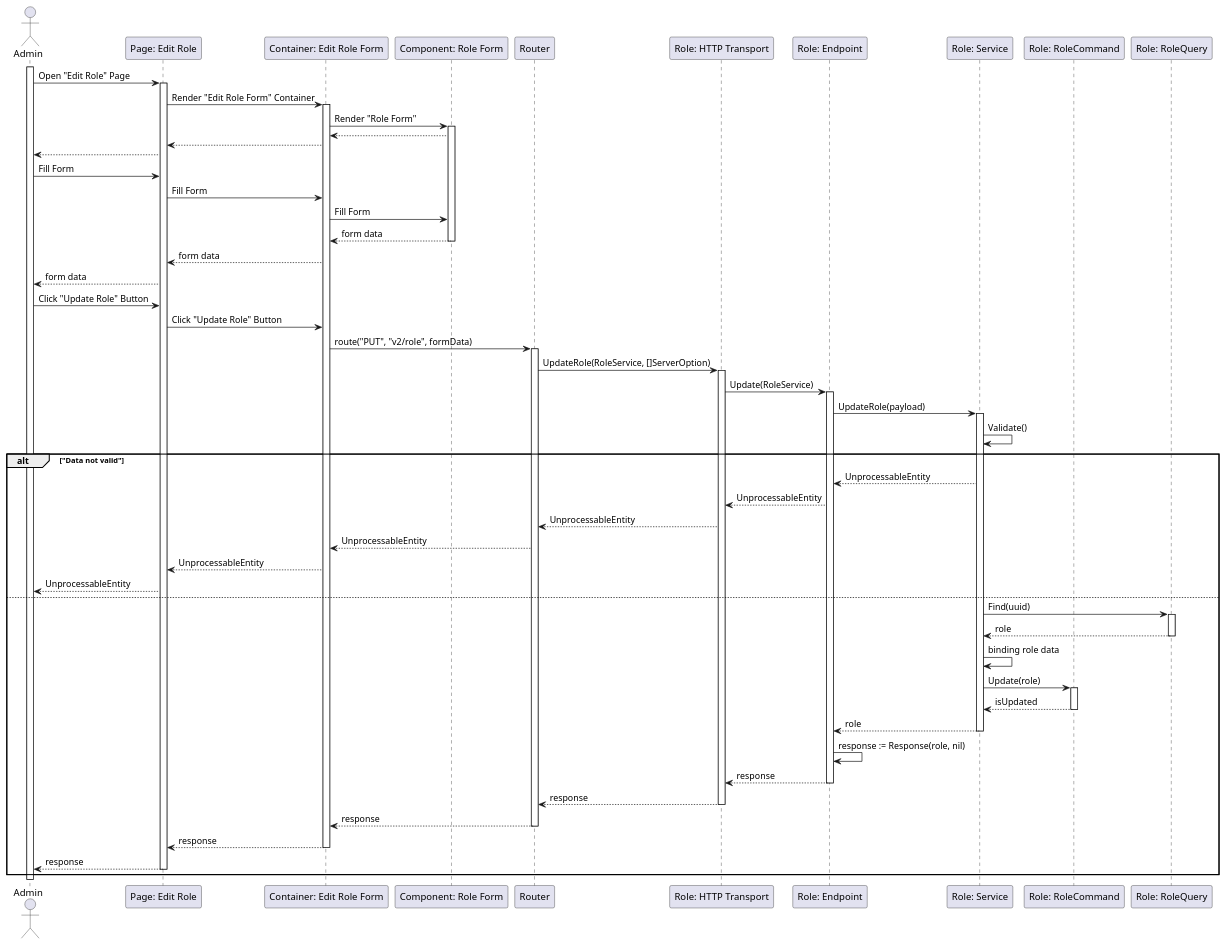
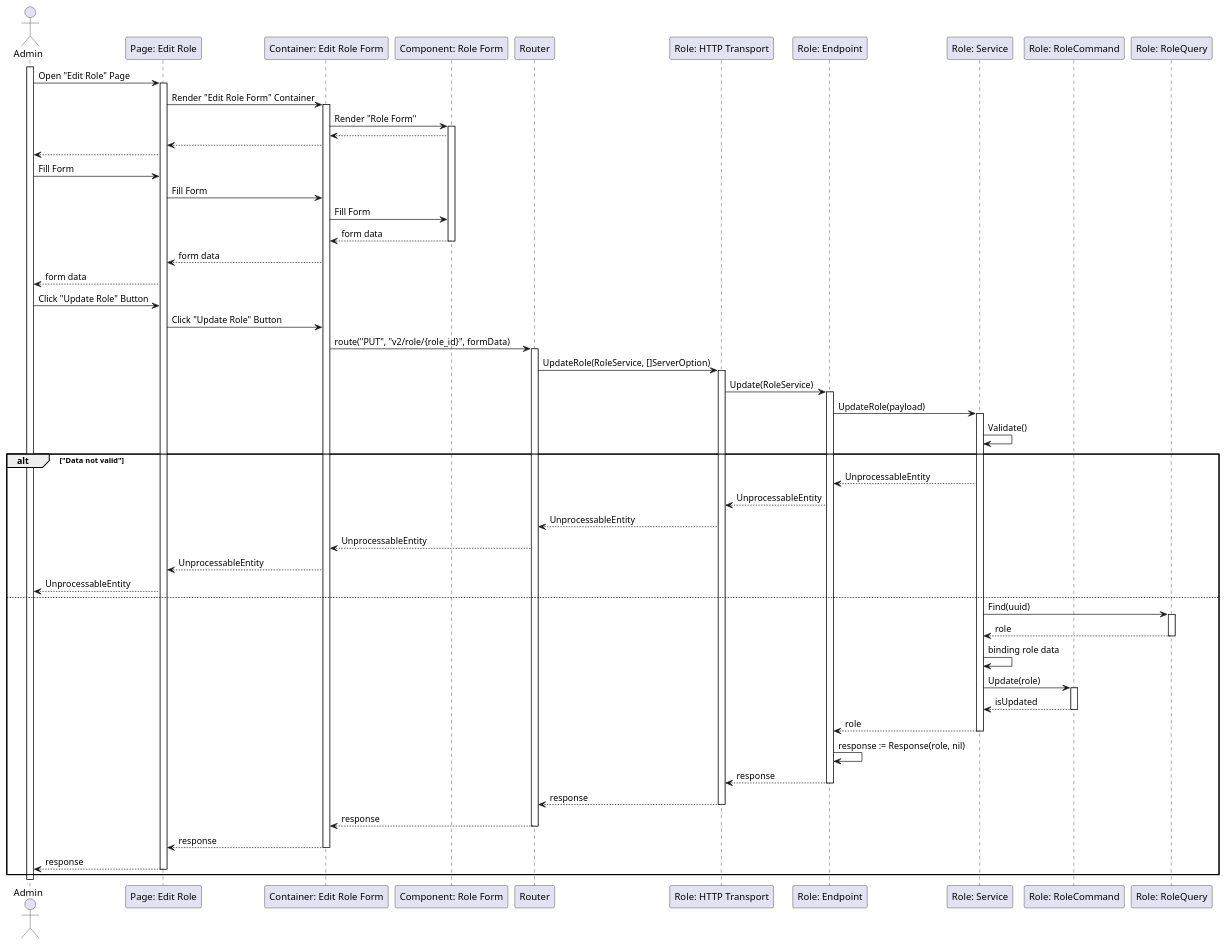
Before and after one commit to fwidjaya20/fazzlearning-uml: the diagram in Sequance/Release01/UpdateRole.wsd, drawn with PlantUML. The commit also changed 7 other files, not shown here.

Commit message:
sequence: updating invalid route

```diff
--- a/Sequance/Release01/UpdateRole.wsd
+++ b/Sequance/Release01/UpdateRole.wsd
@@ -1,80 +1,80 @@
 @startuml UpdateRole
 
 actor Admin
 participant "Page: Edit Role" as EditRolePage
 participant "Container: Edit Role Form" as EditRoleFormContainer
 participant "Component: Role Form" as RoleForm
 participant "Router" as Router
 participant "Role: HTTP Transport" as RoleHTTPTransport
 participant "Role: Endpoint" as RoleEndpoint
 participant "Role: Service" as RoleService
 participant "Role: RoleCommand" as RoleCommand
 participant "Role: RoleQuery" as RoleQuery
 
 activate Admin
 
 Admin->EditRolePage: Open "Edit Role" Page
 activate EditRolePage
 EditRolePage->EditRoleFormContainer: Render "Edit Role Form" Container
 activate EditRoleFormContainer
 EditRoleFormContainer->RoleForm: Render "Role Form"
 activate RoleForm
 RoleForm-->EditRoleFormContainer
 EditRoleFormContainer-->EditRolePage
 EditRolePage-->Admin
 
 Admin->EditRolePage: Fill Form
 EditRolePage->EditRoleFormContainer: Fill Form
 EditRoleFormContainer->RoleForm: Fill Form
 RoleForm-->EditRoleFormContainer: form data
 deactivate RoleForm
 EditRoleFormContainer-->EditRolePage: form data
 EditRolePage-->Admin: form data
 
 Admin->EditRolePage: Click "Update Role" Button
 EditRolePage->EditRoleFormContainer: Click "Update Role" Button
-EditRoleFormContainer->Router: route("PUT", "v2/role", formData)
+EditRoleFormContainer->Router: route("PUT", "v2/role/{role_id}", formData)
 activate Router
 Router->RoleHTTPTransport: UpdateRole(RoleService, []ServerOption)
 activate RoleHTTPTransport
 RoleHTTPTransport->RoleEndpoint: Update(RoleService)
 activate RoleEndpoint
 RoleEndpoint->RoleService: UpdateRole(payload)
 activate RoleService
 RoleService->RoleService: Validate()
 
 alt "Data not valid"
     RoleService-->RoleEndpoint: UnprocessableEntity
     RoleEndpoint-->RoleHTTPTransport: UnprocessableEntity
     RoleHTTPTransport-->Router: UnprocessableEntity
     Router-->EditRoleFormContainer: UnprocessableEntity
     EditRoleFormContainer-->EditRolePage: UnprocessableEntity
     EditRolePage-->Admin: UnprocessableEntity
 else
     RoleService->RoleQuery: Find(uuid)
     activate RoleQuery
     RoleQuery-->RoleService: role
     deactivate RoleQuery
     RoleService->RoleService: binding role data
     RoleService->RoleCommand: Update(role)
     activate RoleCommand
     RoleCommand-->RoleService: isUpdated
     deactivate RoleCommand
     RoleService-->RoleEndpoint: role
     deactivate RoleService
     RoleEndpoint->RoleEndpoint: response := Response(role, nil)
     RoleEndpoint-->RoleHTTPTransport: response
     deactivate RoleEndpoint
     RoleHTTPTransport-->Router: response
     deactivate RoleHTTPTransport
     Router-->EditRoleFormContainer: response
     deactivate Router
     EditRoleFormContainer-->EditRolePage: response
     deactivate EditRoleFormContainer
     EditRolePage-->Admin: response
     deactivate EditRolePage
 end
 
 deactivate Admin
 
 @enduml
```
